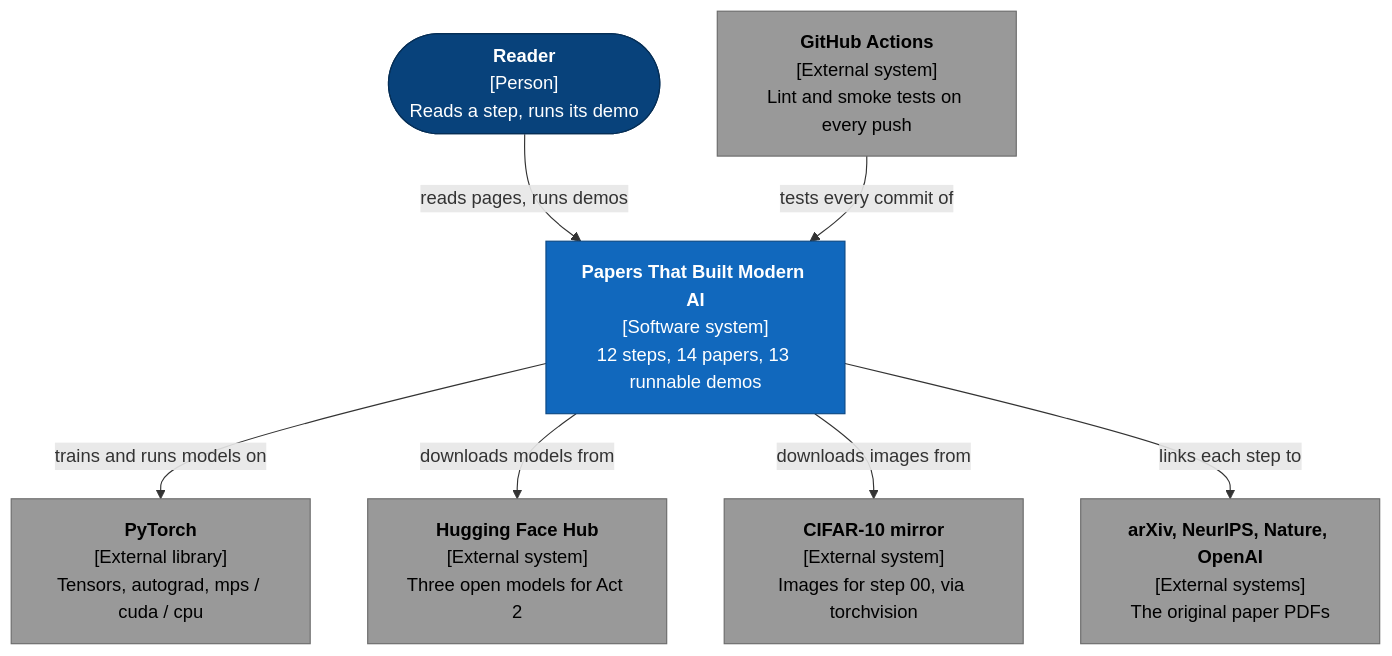
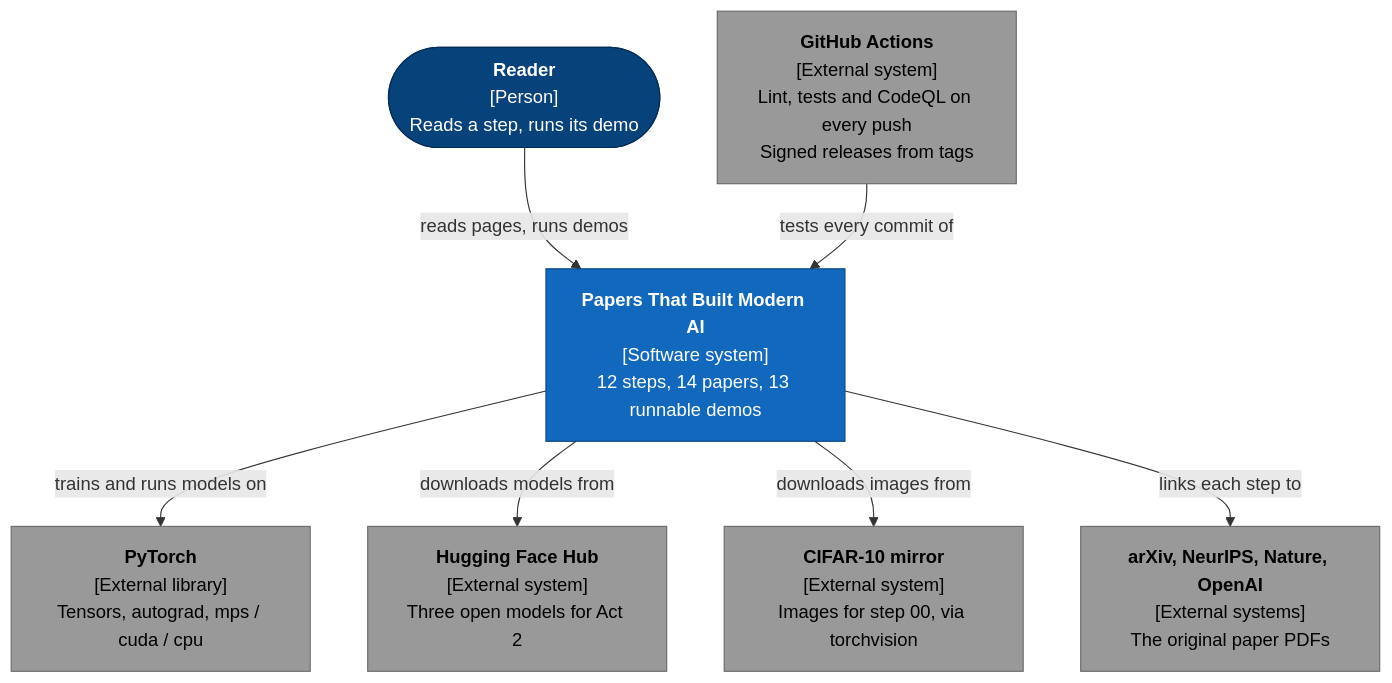
One commit to mlvpatel/papers-that-built-ai changed the second of 4 diagrams in README.md. Above: the diagram before and after it, drawn with Mermaid. The commit also changed 1 other file, not shown here.

Commit message:
docs: drop a stray paper count, and list what GitHub Actions does (#11)
The "Six to add first" heading in docs/all-45-papers.md ended with "the famous 6 plus 6 make 12". That count matches neither the README (14 papers in 12 steps) nor the file's own tiers (8 famous papers plus 6 must-adds). The heading now just names the section.

The GitHub Actions box in the README's system context diagram said "Lint and smoke tests on every push". It also runs CodeQL and builds signed releases from tags, so the box label and the diagram's text description now say both.

````diff
--- a/README.md
+++ b/README.md
@@ -65,26 +65,26 @@
 ```mermaid
 flowchart TB
     accTitle: System context of Papers That Built Modern AI
-    accDescr: A reader reads the pages and runs the demos. The repo trains and runs models on PyTorch, downloads models from the Hugging Face Hub and images from a CIFAR-10 mirror, and links each step to the original papers. GitHub Actions tests every commit.
+    accDescr: A reader reads the pages and runs the demos. The repo trains and runs models on PyTorch, downloads models from the Hugging Face Hub and images from a CIFAR-10 mirror, and links each step to the original papers. GitHub Actions tests every commit and builds signed releases from tags.
     reader(["<b>Reader</b><br/>[Person]<br/>Reads a step, runs its demo"])
     repo["<b>Papers That Built Modern AI</b><br/>[Software system]<br/>12 steps, 14 papers, 13 runnable demos"]
     torch["<b>PyTorch</b><br/>[External library]<br/>Tensors, autograd, mps / cuda / cpu"]
     hf["<b>Hugging Face Hub</b><br/>[External system]<br/>Three open models for Act 2"]
     cifar["<b>CIFAR-10 mirror</b><br/>[External system]<br/>Images for step 00, via torchvision"]
     papers["<b>arXiv, NeurIPS, Nature, OpenAI</b><br/>[External systems]<br/>The original paper PDFs"]
-    ci["<b>GitHub Actions</b><br/>[External system]<br/>Lint and smoke tests on every push"]
+    ci["<b>GitHub Actions</b><br/>[External system]<br/>Lint, tests and CodeQL on every push<br/>Signed releases from tags"]
 
     reader -- "reads pages, runs demos" --> repo
     repo -- "trains and runs models on" --> torch
     repo -- "downloads models from" --> hf
     repo -- "downloads images from" --> cifar
     repo -- "links each step to" --> papers
     ci -- "tests every commit of" --> repo
 
     classDef person fill:#08427B,stroke:#052E56,color:#fff
     classDef system fill:#1168BD,stroke:#0B4884,color:#fff
     classDef external fill:#999999,stroke:#6B6B6B,color:#000
     class reader person
     class repo system
     class torch,hf,cifar,papers,ci external
 ```
````
